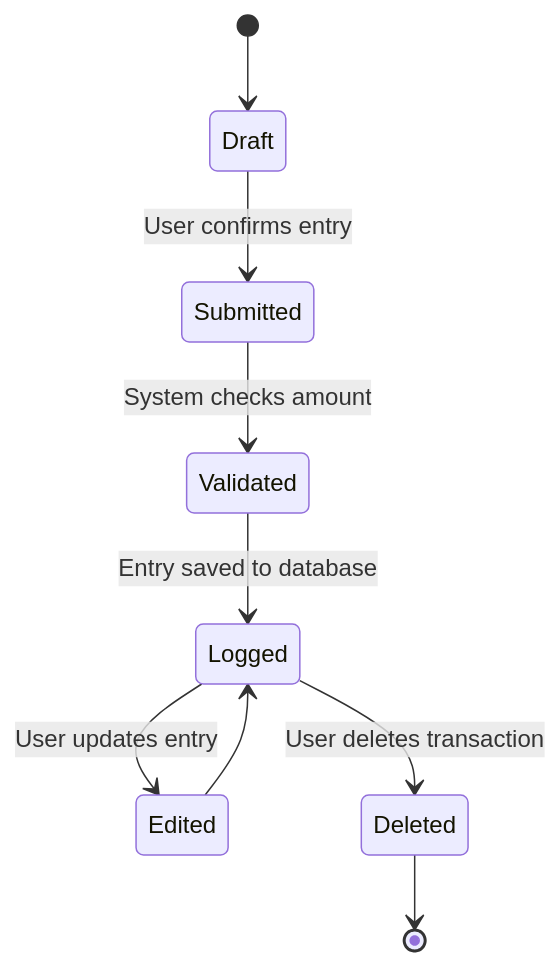
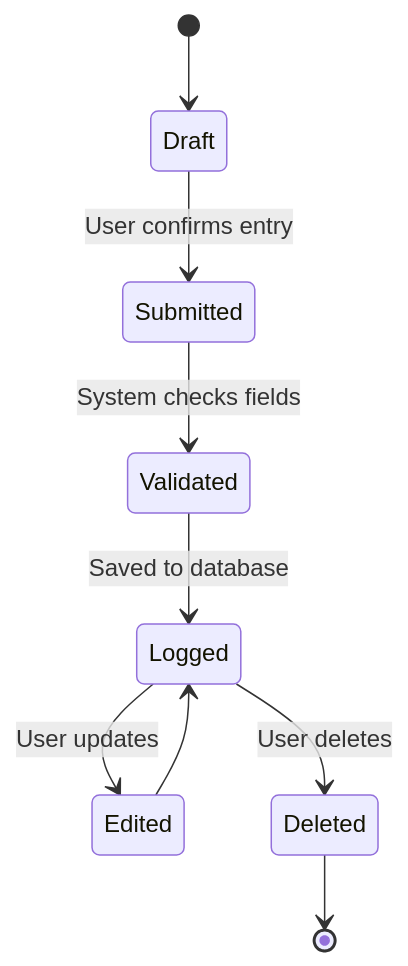
The first of 3 diagrams in Assignment_8/STATE_TRANSITION_DIAGRAMS.md (Wareezy/Budget_Tracker), drawn with Mermaid before and after one commit. The commit also changed other lines of this file, not shown here.

````diff
--- a/Assignment_8/STATE_TRANSITION_DIAGRAMS.md
+++ b/Assignment_8/STATE_TRANSITION_DIAGRAMS.md
@@ -2,13 +2,13 @@
 ```mermaid
 
 stateDiagram-v2
     [*] --> Draft
     Draft --> Submitted : User confirms entry
-    Submitted --> Validated : System checks amount
-    Validated --> Logged : Entry saved to database
-    Logged --> Edited : User updates entry
-    Logged --> Deleted : User deletes transaction
+    Submitted --> Validated : System checks fields
+    Validated --> Logged : Saved to database
+    Logged --> Edited : User updates
+    Logged --> Deleted : User deletes
     Edited --> Logged
     Deleted --> [*]
 
 ```
````
